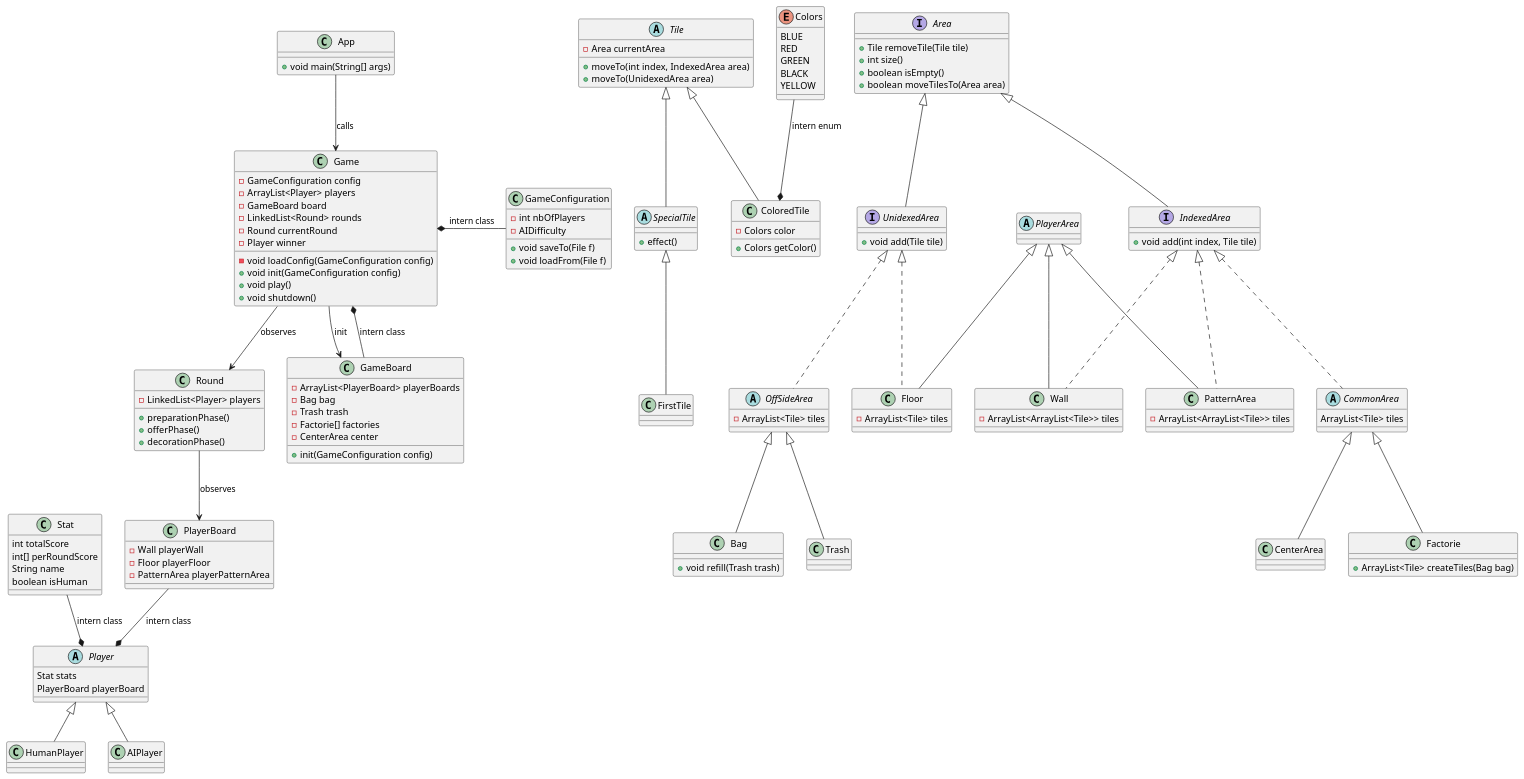
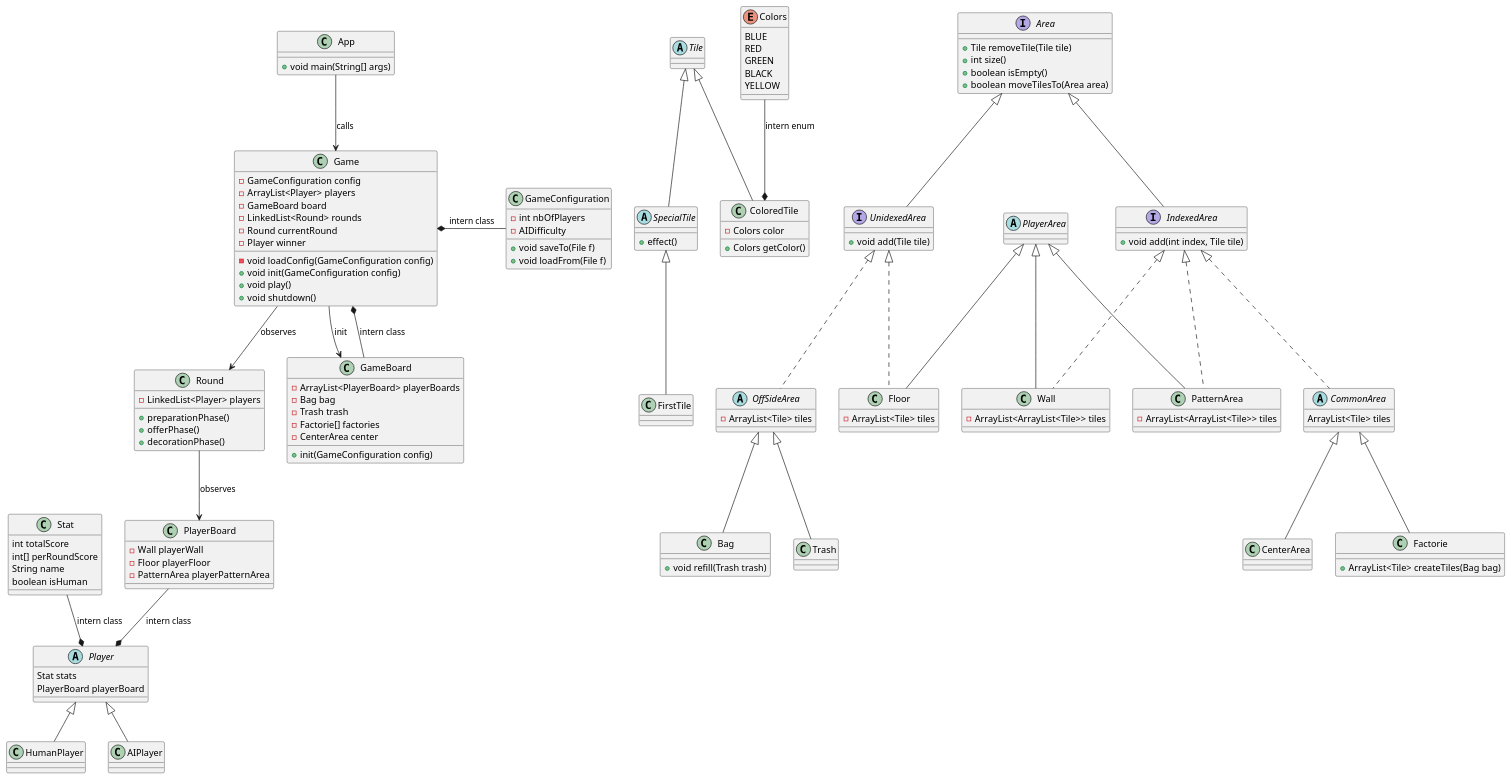
The diagram in proj.puml (nsouff/Azul), drawn with PlantUML before and after one commit. The commit also changed 1 other file, not shown here.

Commit message:
deleted curentArea attribute in Tile

```diff
--- a/proj.puml
+++ b/proj.puml
@@ -1,169 +1,166 @@
 @startuml
 
 Abstract class Tile {
-	-Area currentArea
-	+moveTo(int index, IndexedArea area)
-	+moveTo(UnidexedArea area)
 }
 
 
 Tile <|-- SpecialTile
 abstract class SpecialTile {
 	+effect()
 }
 
 Tile <|-- ColoredTile
 class ColoredTile {
 	-Colors color
 	+Colors getColor()
 }
 
 SpecialTile <|-- FirstTile
 class FirstTile
 
 Colors --* ColoredTile : "intern enum"
 enum Colors {
 	BLUE
 	RED
 	GREEN
 	BLACK
 	YELLOW
 }
 
 
 interface Area {
 	+Tile removeTile(Tile tile)
 	+int size()
 	+boolean isEmpty()
 	+boolean moveTilesTo(Area area)
 }
 Area <|-- UnidexedArea
 interface UnidexedArea {
 	+void add(Tile tile)
 }
 
 Area <|-- IndexedArea
 interface IndexedArea {
 	+void add(int index, Tile tile)
 }
 
 UnidexedArea <|.. OffSideArea
 abstract class OffSideArea {
 	-ArrayList<Tile> tiles
 }
 
 OffSideArea <|-- Bag
 class Bag {
 	+void refill(Trash trash)
 }
 
 OffSideArea <|-- Trash
 class Trash {
 
 }
 IndexedArea <|.. CommonArea
 abstract class CommonArea {
 	ArrayList<Tile> tiles
 }
 CommonArea <|-- CenterArea
 CommonArea <|-- Factorie
 class Factorie {
 	+ArrayList<Tile> createTiles(Bag bag)
 }
 
 abstract class PlayerArea
 
 IndexedArea <|.. Wall
 PlayerArea <|-- Wall
 class Wall {
 	-ArrayList<ArrayList<Tile>> tiles
 }
 
 UnidexedArea <|.. Floor
 PlayerArea <|-- Floor
 class Floor {
 	-ArrayList<Tile> tiles
 }
 
 IndexedArea <|.. PatternArea
 PlayerArea <|-- PatternArea
 class PatternArea{
 	-ArrayList<ArrayList<Tile>> tiles
 }
 
 abstract class Player {
 	Stat stats
 	PlayerBoard playerBoard
 }
 
 Stat  --* Player : "intern class"
 class Stat {
 	int totalScore
 	int[] perRoundScore
 	String name
 	boolean isHuman
 }
 
 Player <|-- HumanPlayer
 Player <|-- AIPlayer
 
 
 class PlayerBoard
 PlayerBoard --* Player : "intern class"
 
 
 GameConfiguration -left-* Game : "intern class"
 class GameConfiguration {
 	-int nbOfPlayers
 	-AIDifficulty
 	+void saveTo(File f)
 	+void loadFrom(File f)
 }
 
 Game --> Round : "observes"
 class Game {
 	-GameConfiguration config
 	-ArrayList<Player> players
 	-GameBoard board
 	-LinkedList<Round> rounds
 	-Round currentRound
 	-Player winner
 	-void loadConfig(GameConfiguration config)
 	+void init(GameConfiguration config)
 	+void play()
 	+void shutdown()
 }
 
 Game --> GameBoard : "init"
 GameBoard --* Game : "intern class"
 class GameBoard {
 	-ArrayList<PlayerBoard> playerBoards
 	-Bag bag
 	-Trash trash
 	-Factorie[] factories
 	-CenterArea center
 	+init(GameConfiguration config)
 }
 
 Round --> PlayerBoard : "observes"
 class PlayerBoard {
 	-Wall playerWall
 	-Floor playerFloor
 	-PatternArea playerPatternArea
 }
 
 class Round {
 	-LinkedList<Player> players
 	+preparationPhase()
 	+offerPhase()
 	+decorationPhase()
 }
 
 
 App --> Game : "calls"
 class App {
 	+void main(String[] args)
 }
 
 
 @enduml
```
